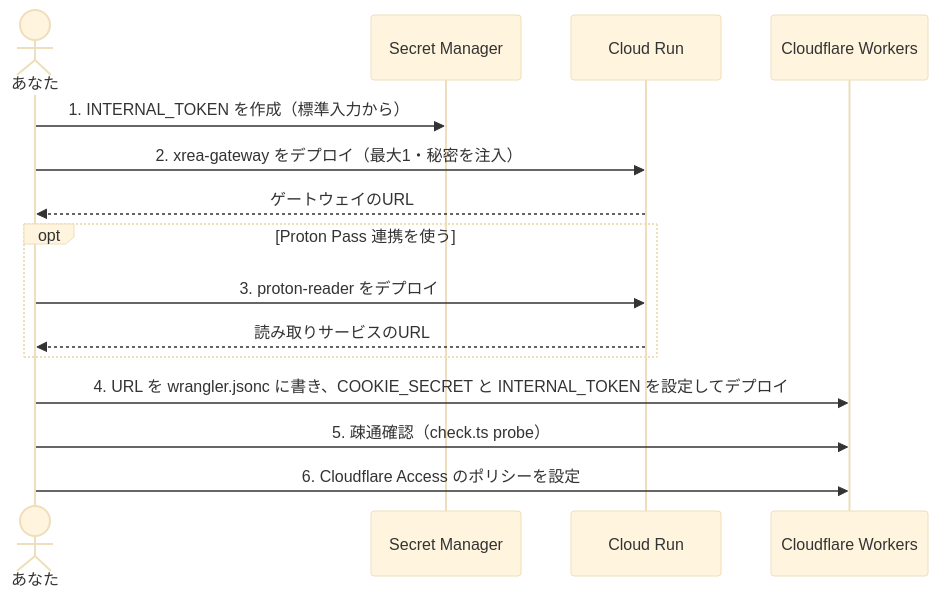
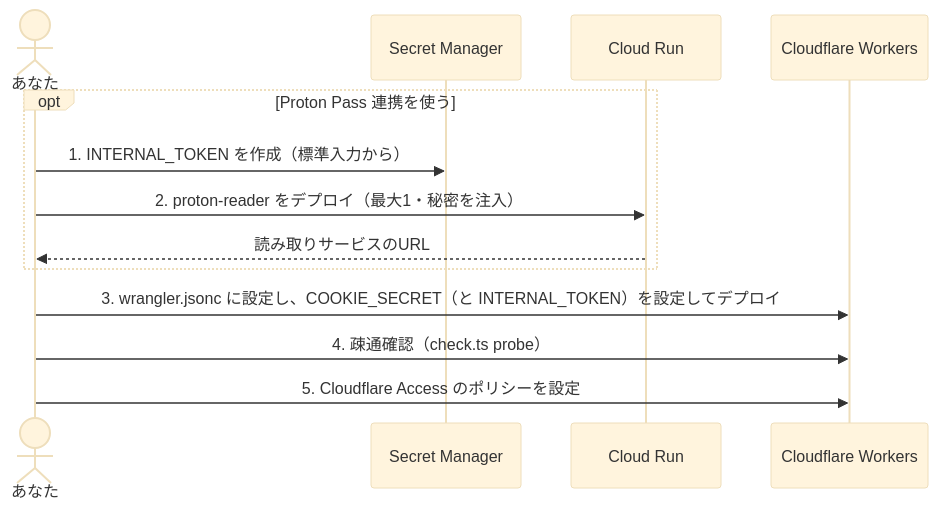
One commit to nekono-dev/xrea-address-generator changed the second of 2 diagrams in docs/cloud-deploy.md. Above: the diagram before and after it, drawn with Mermaid (base theme). The commit also changed other lines of this file and 72 other files, not shown here.

````diff
--- a/docs/cloud-deploy.md
+++ b/docs/cloud-deploy.md
@@ -50,18 +49,16 @@
 ```mermaid
 sequenceDiagram
   actor you as あなた
   participant sm as Secret Manager
   participant cr as Cloud Run
   participant cf as Cloudflare Workers
 
-  you->>sm: 1. INTERNAL_TOKEN を作成（標準入力から）
-  you->>cr: 2. xrea-gateway をデプロイ（最大1・秘密を注入）
-  cr-->>you: ゲートウェイのURL
   opt Proton Pass 連携を使う
-    you->>cr: 3. proton-reader をデプロイ
+    you->>sm: 1. INTERNAL_TOKEN を作成（標準入力から）
+    you->>cr: 2. proton-reader をデプロイ（最大1・秘密を注入）
     cr-->>you: 読み取りサービスのURL
   end
-  you->>cf: 4. URL を wrangler.jsonc に書き、COOKIE_SECRET と INTERNAL_TOKEN を設定してデプロイ
-  you->>cf: 5. 疎通確認（check.ts probe）
-  you->>cf: 6. Cloudflare Access のポリシーを設定
+  you->>cf: 3. wrangler.jsonc に設定し、COOKIE_SECRET（と INTERNAL_TOKEN）を設定してデプロイ
+  you->>cf: 4. 疎通確認（check.ts probe）
+  you->>cf: 5. Cloudflare Access のポリシーを設定
 ```
````
